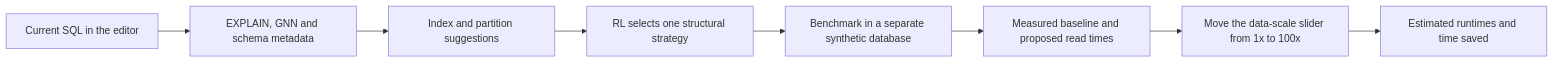
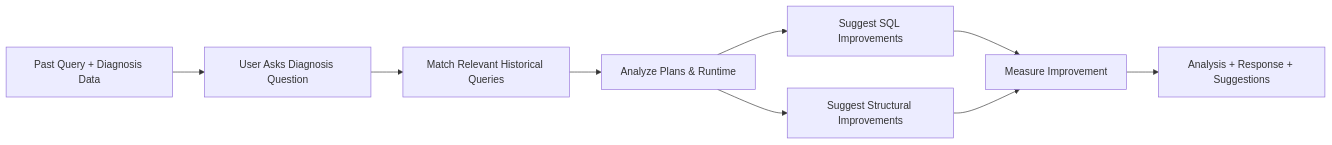
One commit to PawanNITRR/Database-Query-Optimizzer changed the fifth of 5 diagrams in README.md. Above: the diagram before and after it, drawn with Mermaid. The commit also changed other lines of this file, not shown here.

````diff
--- a/README.md
+++ b/README.md
@@ -70,10 +194,11 @@
 ```mermaid
 flowchart LR
-    A[Current SQL in the editor] --> B[EXPLAIN, GNN and schema metadata]
-    B --> C[Index and partition suggestions]
-    C --> D[RL selects one structural strategy]
-    D --> E[Benchmark in a separate synthetic database]
-    E --> F[Measured baseline and proposed read times]
-    F --> G[Move the data-scale slider from 1x to 100x]
-    G --> H[Estimated runtimes and time saved]
+    A[Past Query + Diagnosis Data] --> B[User Asks Diagnosis Question]
+    B --> C[Match Relevant Historical Queries]
+    C --> D[Analyze Plans & Runtime]
+    D --> E[Suggest SQL Improvements]
+    D --> F[Suggest Structural Improvements]
+    E --> G[Measure Improvement]
+    F --> G
+    G --> H[Analysis + Response + Suggestions]
 ```
````
